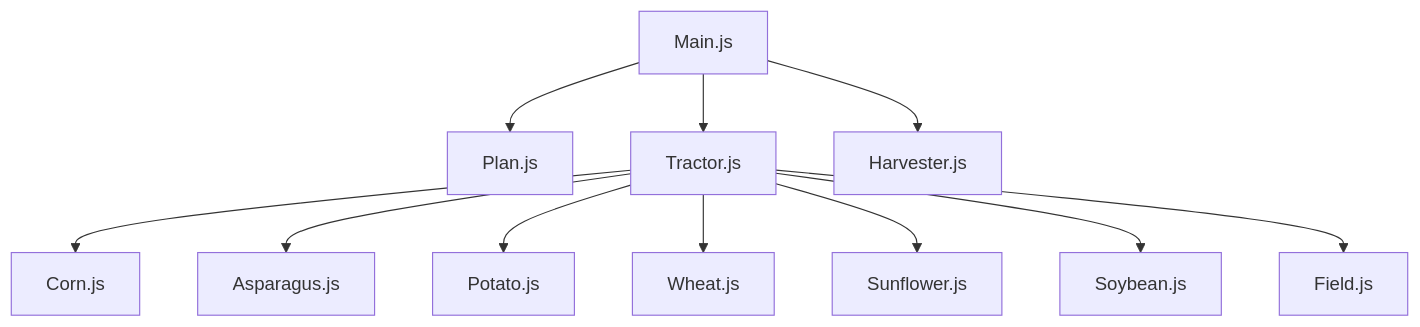
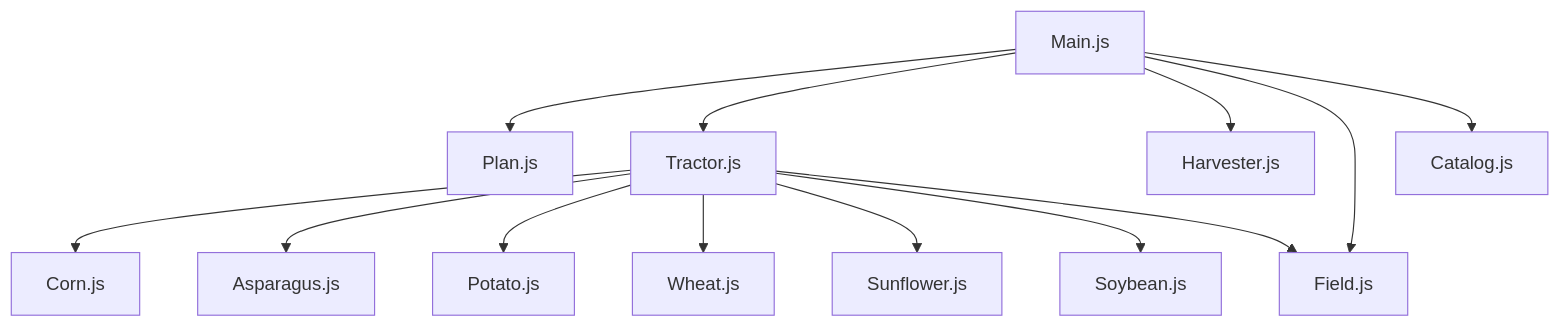
Before and after one commit to NSS-Day-Cohort-79/Modern-Farm-client-jnensf: the diagram in src/dependencygraph.md, drawn with Mermaid. The commit also changed 1 other file, not shown here.

Commit message:
fixed diagrams

````diff
--- a/src/dependencygraph.md
+++ b/src/dependencygraph.md
@@ -1,14 +1,16 @@
 ``` mermaid
 graph TD;
 
 Main.js-->Plan.js
 Main.js-->Tractor.js
 Main.js-->Harvester.js
+Main.js-->Field.js
+Main.js-->Catalog.js
 Tractor.js-->Corn.js
 Tractor.js-->Asparagus.js
 Tractor.js-->Potato.js
 Tractor.js-->Wheat.js
 Tractor.js-->Sunflower.js
 Tractor.js-->Soybean.js
 Tractor.js-->Field.js
 ```
````
